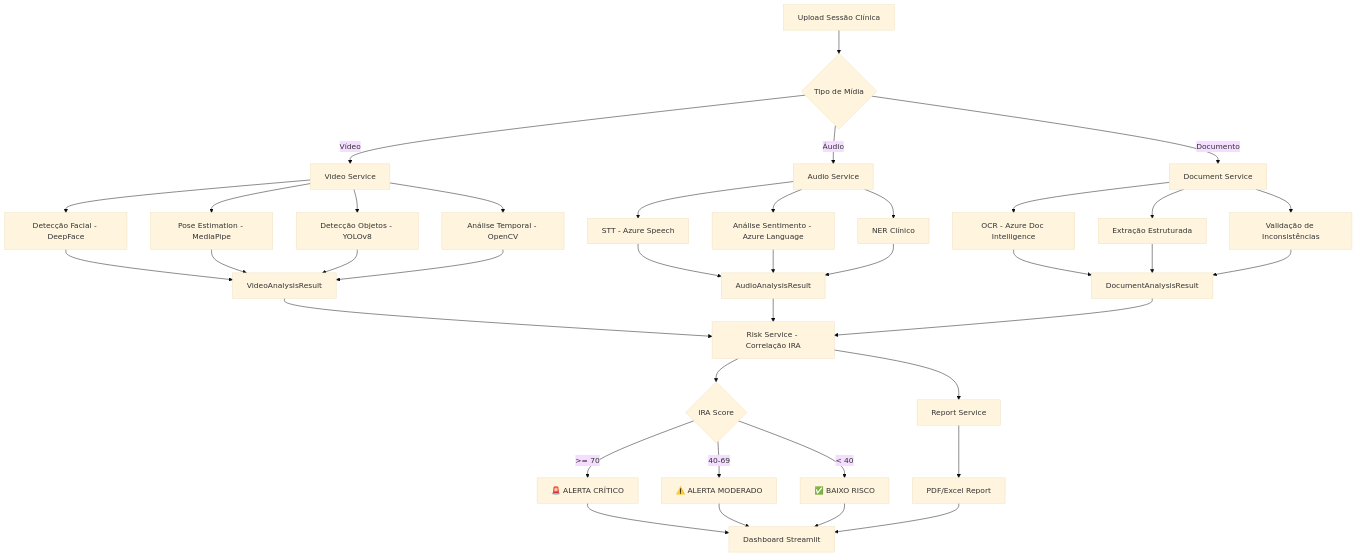
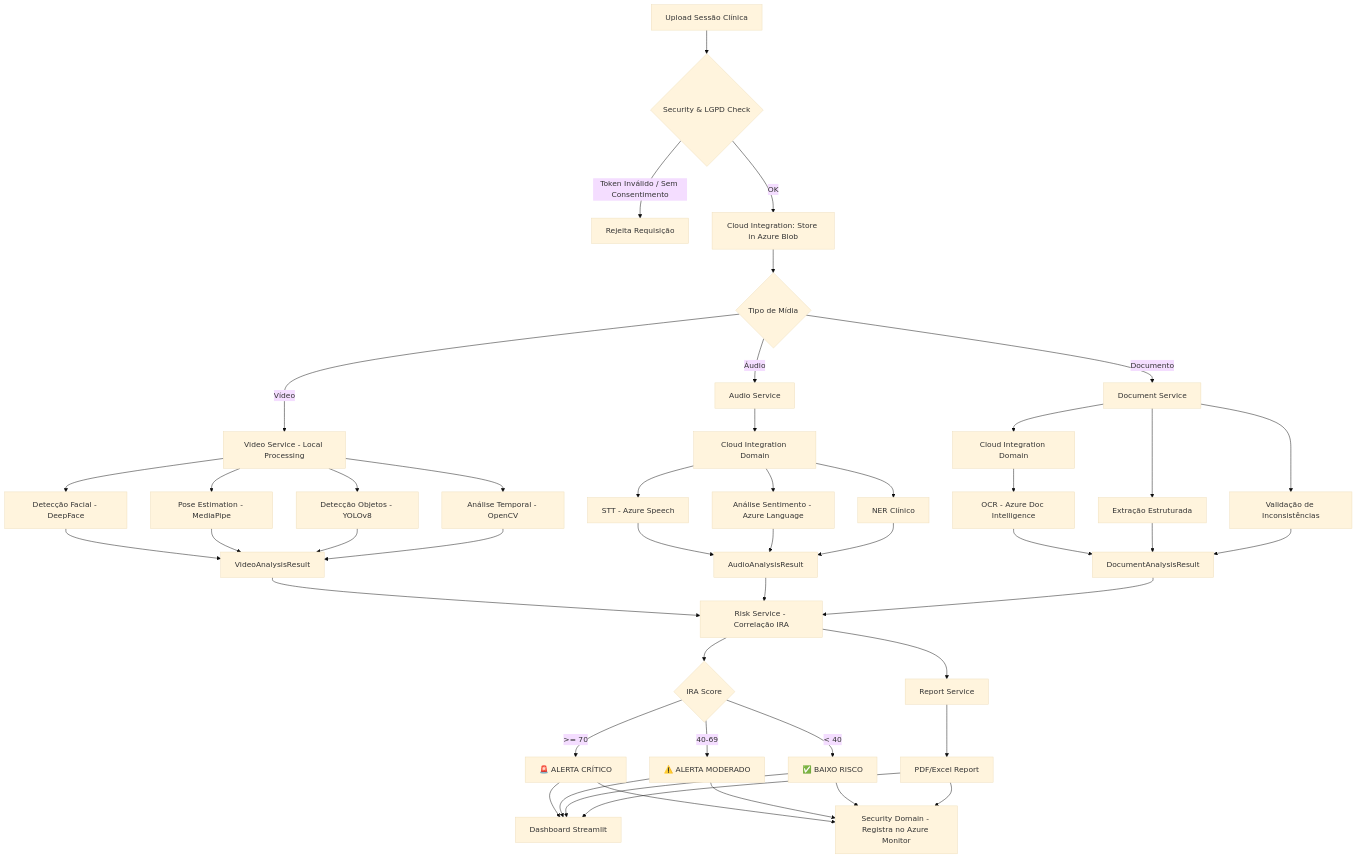
Before and after one commit to Wallace82/guardia-parto-seguro: the fifth of 6 diagrams in docs/ARCHITECTURE.md, drawn with Mermaid (base theme). The commit also changed other lines of this file and 11 other files, not shown here.

Commit message:
docs: implement project documentation framework and update architecture to hybrid cloud model

````diff
--- a/docs/ARCHITECTURE.md
+++ b/docs/ARCHITECTURE.md
@@ -199,35 +209,43 @@
 ```mermaid
 flowchart TD
-    A[Upload Sessão Clínica] --> B{Tipo de Mídia}
-    B -->|Vídeo| C[Video Service]
+    A[Upload Sessão Clínica] --> SEC{Security & LGPD Check}
+    SEC -->|Token Inválido / Sem Consentimento| REJ[Rejeita Requisição]
+    SEC -->|OK| C_STORE[Cloud Integration: Store in Azure Blob]
+    
+    C_STORE --> B{Tipo de Mídia}
+    B -->|Vídeo| C[Video Service - Local Processing]
     B -->|Áudio| D[Audio Service]
     B -->|Documento| E[Document Service]
 
     C --> C1[Detecção Facial - DeepFace]
     C --> C2[Pose Estimation - MediaPipe]
     C --> C3[Detecção Objetos - YOLOv8]
     C --> C4[Análise Temporal - OpenCV]
 
-    D --> D1[STT - Azure Speech]
-    D --> D2[Análise Sentimento - Azure Language]
-    D --> D3[NER Clínico]
+    D --> D_CLOUD[Cloud Integration Domain]
+    D_CLOUD --> D1[STT - Azure Speech]
+    D_CLOUD --> D2[Análise Sentimento - Azure Language]
+    D_CLOUD --> D3[NER Clínico]
 
-    E --> E1[OCR - Azure Doc Intelligence]
+    E --> E_CLOUD[Cloud Integration Domain]
+    E_CLOUD --> E1[OCR - Azure Doc Intelligence]
     E --> E2[Extração Estruturada]
     E --> E3[Validação de Inconsistências]
 
     C1 & C2 & C3 & C4 --> F[VideoAnalysisResult]
     D1 & D2 & D3 --> G[AudioAnalysisResult]
     E1 & E2 & E3 --> H[DocumentAnalysisResult]
 
     F & G & H --> I[Risk Service - Correlação IRA]
     I --> J{IRA Score}
     J -->|>= 70| K[🚨 ALERTA CRÍTICO]
     J -->|40-69| L[⚠️ ALERTA MODERADO]
     J -->|< 40| M[✅ BAIXO RISCO]
 
     I --> N[Report Service]
     N --> O[PDF/Excel Report]
     K & L & M --> P[Dashboard Streamlit]
     O --> P
+    
+    K & L & M & O --> AUDIT[Security Domain - Registra no Azure Monitor]
 ```
````
